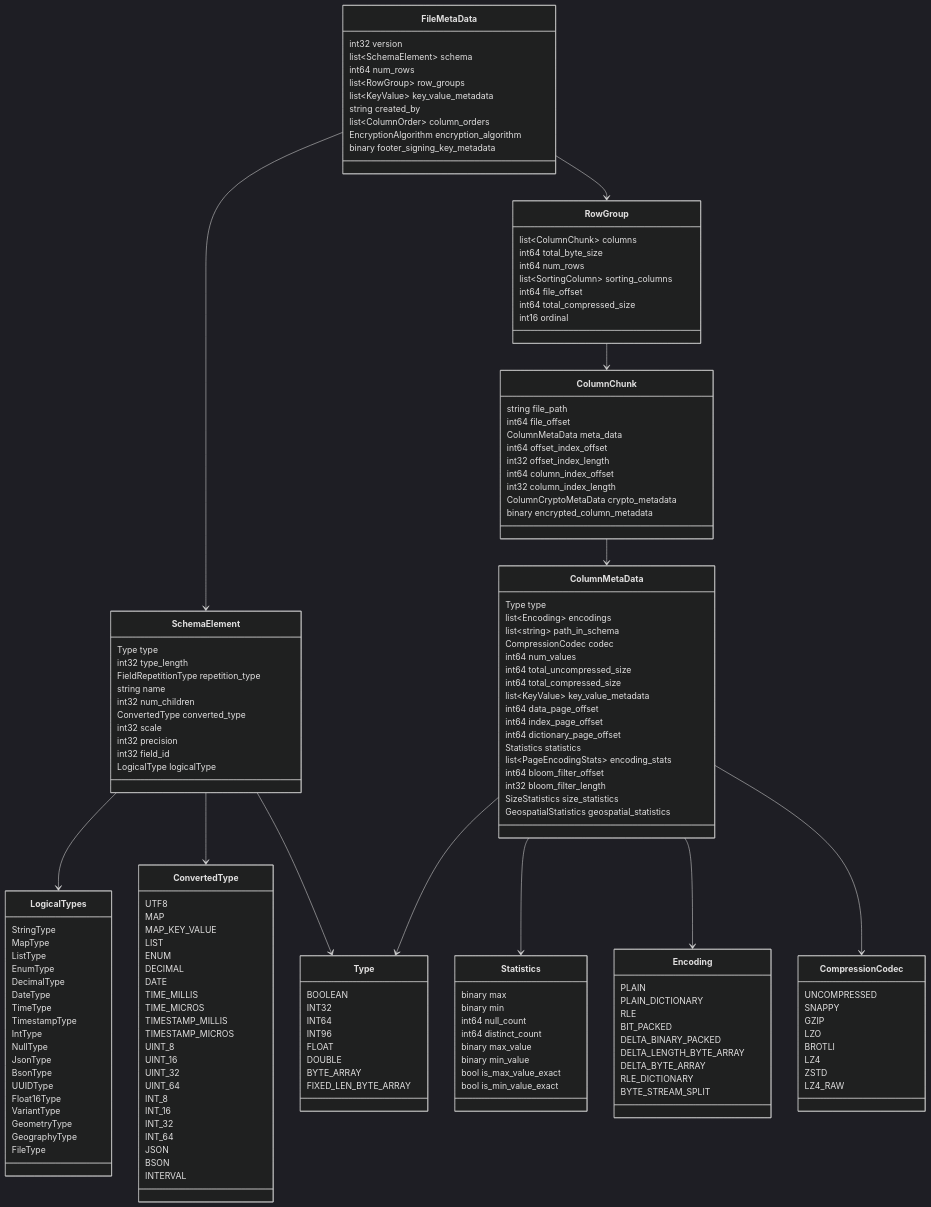
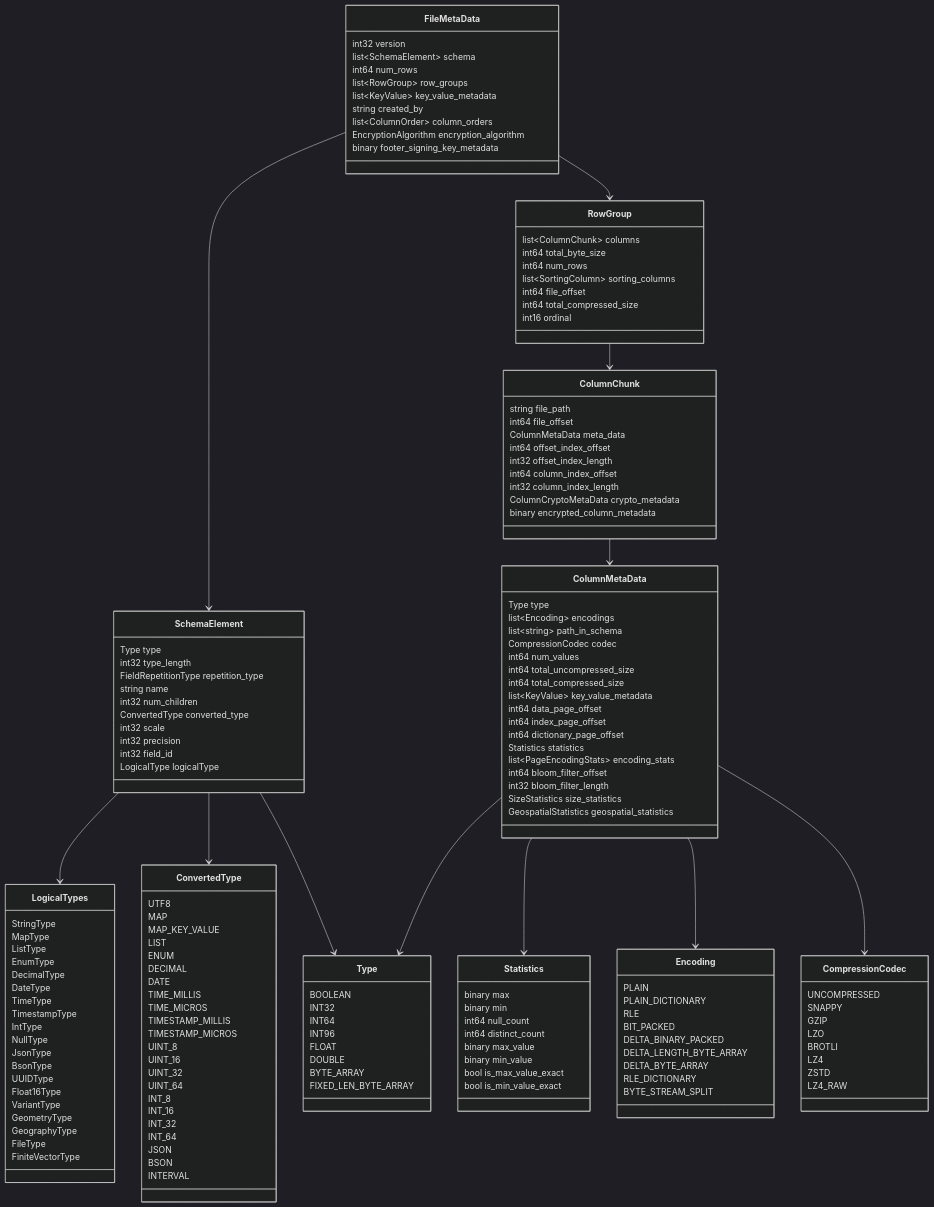
One commit to apache/parquet-site changed the diagram in static/images/FileMetaData.mermaid. Above: the diagram before and after it, drawn with Mermaid (dark theme). The commit also changed 1 other file, not shown here.

Commit message:
Add FiniteVectorType to the FileMetaData diagram
Add FiniteVectorType (FINITE_VECTOR logical type, added in
apache/parquet-format PR #624) to the LogicalTypes box in
FileMetaData.mermaid and regenerate FileMetaData.svg.

```diff
--- a/static/images/FileMetaData.mermaid
+++ b/static/images/FileMetaData.mermaid
@@ -1,174 +1,175 @@
 classDiagram
     FileMetaData --> SchemaElement
     FileMetaData --> RowGroup
     
     RowGroup --> ColumnChunk
     
     ColumnChunk --> ColumnMetaData
     
     ColumnMetaData --> Statistics
     ColumnMetaData --> Type
     ColumnMetaData --> Encoding
     ColumnMetaData --> CompressionCodec
     
     SchemaElement --> LogicalTypes
     SchemaElement --> Type
     SchemaElement --> ConvertedType
     
     class FileMetaData {
         int32 version
         list~SchemaElement~ schema
         int64 num_rows
         list~RowGroup~ row_groups
         list~KeyValue~ key_value_metadata
         string created_by
         list~ColumnOrder~ column_orders
         EncryptionAlgorithm encryption_algorithm
         binary footer_signing_key_metadata
     }
     
     class SchemaElement {
         Type type
         int32 type_length
         FieldRepetitionType repetition_type
         string name
         int32 num_children
         ConvertedType converted_type
         int32 scale
         int32 precision
         int32 field_id
         LogicalType logicalType
     }
     
     class Type {
         BOOLEAN
         INT32
         INT64
         INT96
         FLOAT
         DOUBLE
         BYTE_ARRAY
         FIXED_LEN_BYTE_ARRAY
     }
     
     class LogicalTypes {
         StringType
         MapType
         ListType
         EnumType
         DecimalType
         DateType
         TimeType
         TimestampType
         IntType
         NullType
         JsonType
         BsonType
         UUIDType
         Float16Type
         VariantType
         GeometryType
         GeographyType
         FileType
+        FiniteVectorType
     }
     
     class ConvertedType {
         UTF8
         MAP
         MAP_KEY_VALUE
         LIST
         ENUM
         DECIMAL
         DATE
         TIME_MILLIS
         TIME_MICROS
         TIMESTAMP_MILLIS
         TIMESTAMP_MICROS
         UINT_8
         UINT_16
         UINT_32
         UINT_64
         INT_8
         INT_16
         INT_32
         INT_64
         JSON
         BSON
         INTERVAL
     }
     
     class Encoding {
         PLAIN
         PLAIN_DICTIONARY
         RLE
         BIT_PACKED
         DELTA_BINARY_PACKED
         DELTA_LENGTH_BYTE_ARRAY
         DELTA_BYTE_ARRAY
         RLE_DICTIONARY
         BYTE_STREAM_SPLIT
     }
     
     class CompressionCodec {
         UNCOMPRESSED
         SNAPPY
         GZIP
         LZO
         BROTLI
         LZ4
         ZSTD
         LZ4_RAW
     }
     
     class RowGroup {
         list~ColumnChunk~ columns
         int64 total_byte_size
         int64 num_rows
         list~SortingColumn~ sorting_columns
         int64 file_offset
         int64 total_compressed_size
         int16 ordinal
     }
     
     class ColumnChunk {
         string file_path
         int64 file_offset
         ColumnMetaData meta_data
         int64 offset_index_offset
         int32 offset_index_length
         int64 column_index_offset
         int32 column_index_length
         ColumnCryptoMetaData crypto_metadata
         binary encrypted_column_metadata
     }
     
     class ColumnMetaData {
         Type type
         list~Encoding~ encodings
         list~string~ path_in_schema
         CompressionCodec codec
         int64 num_values
         int64 total_uncompressed_size
         int64 total_compressed_size
         list~KeyValue~ key_value_metadata
         int64 data_page_offset
         int64 index_page_offset
         int64 dictionary_page_offset
         Statistics statistics
         list~PageEncodingStats~ encoding_stats
         int64 bloom_filter_offset
         int32 bloom_filter_length
         SizeStatistics size_statistics
         GeospatialStatistics geospatial_statistics
     }
     
     class Statistics {
         binary max
         binary min
         int64 null_count
         int64 distinct_count
         binary max_value
         binary min_value
         bool is_max_value_exact
         bool is_min_value_exact
     }
```
